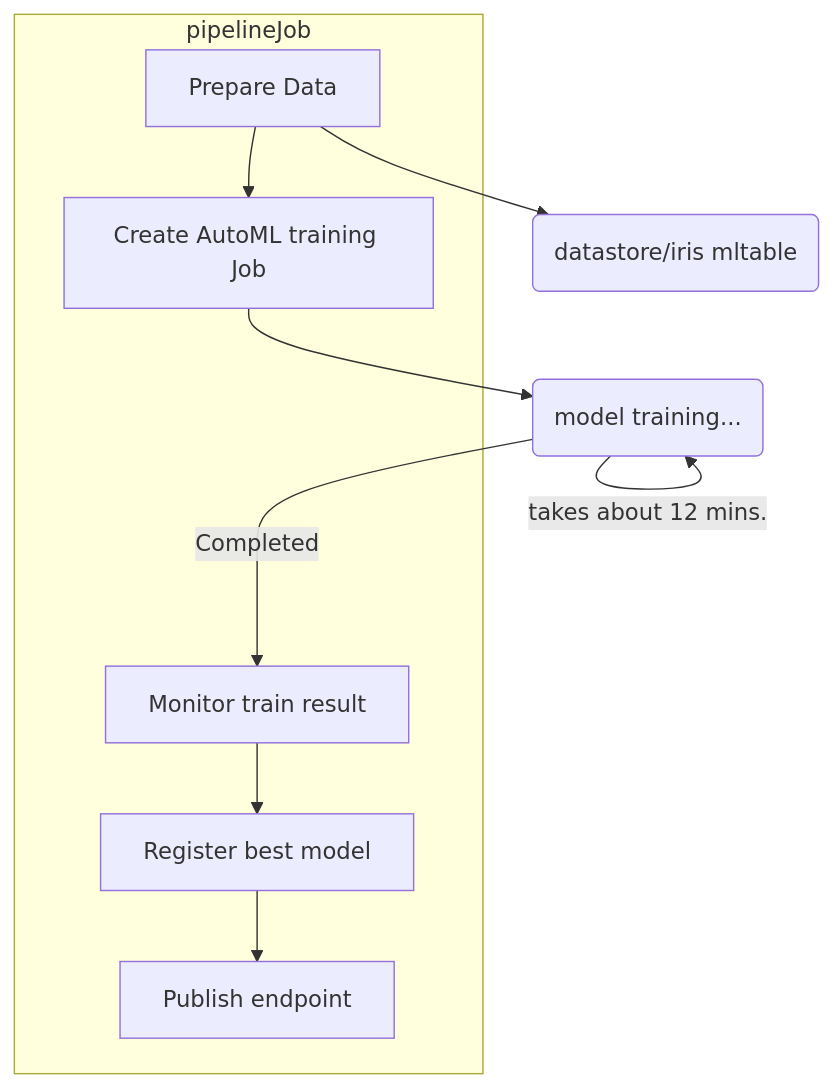
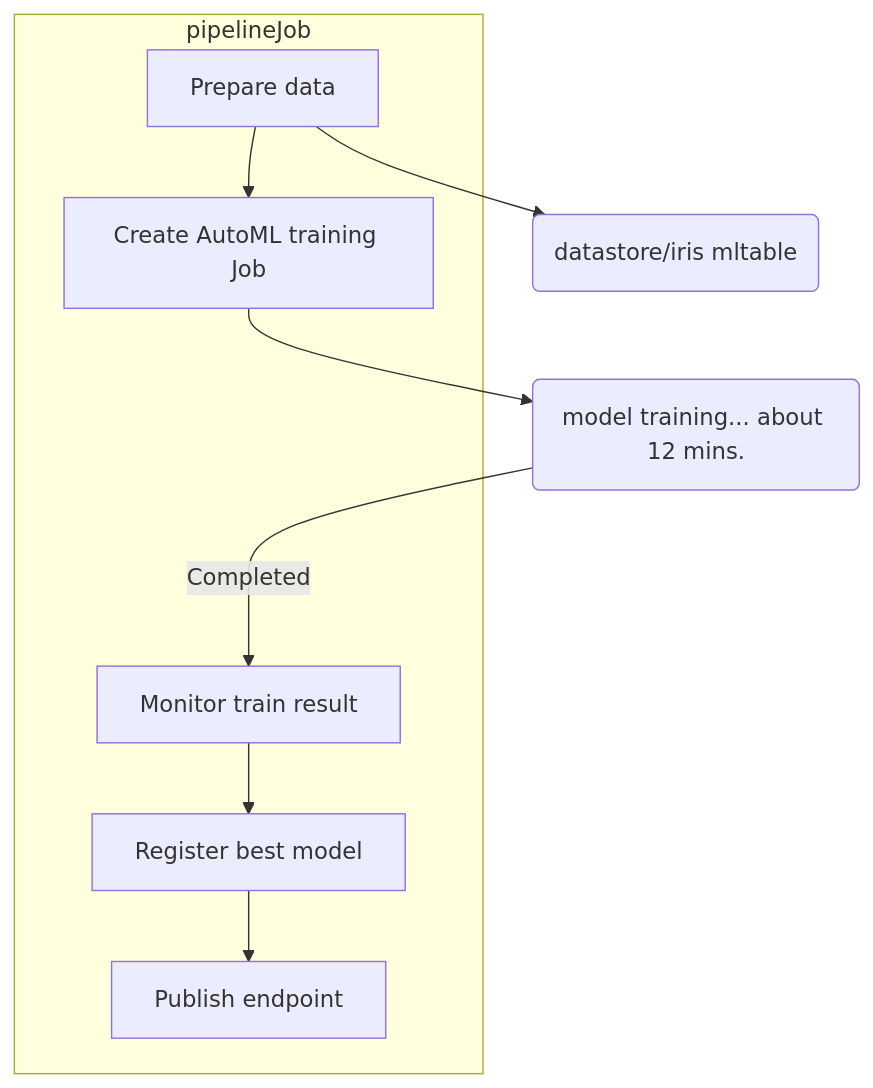
Before and after one commit to Kyrsang/Azure-ML-automation-research: the second of 2 diagrams in README.md, drawn with Mermaid. The commit also changed other lines of this file, not shown here.

````diff
--- a/README.md
+++ b/README.md
@@ -37,22 +37,20 @@
 ```mermaid
 flowchart TD
     subgraph pipelineJob
-        A[Prepare Data]
+        A[Prepare data]
         B[Create AutoML training Job]
         C[Monitor train result]
         D[Register best model]
         E[Publish endpoint]
     end 
 
     F(datastore/iris mltable)
-    G(model training...) 
+    G(model training... about 12 mins.) 
     
     A --> B 
     C --> D 
     D --> E 
     A --> F 
-    B --> G  
-    G --> |takes about 12 mins.|G 
-    
+    B --> G     
     G --Completed---> C
 ```
````
